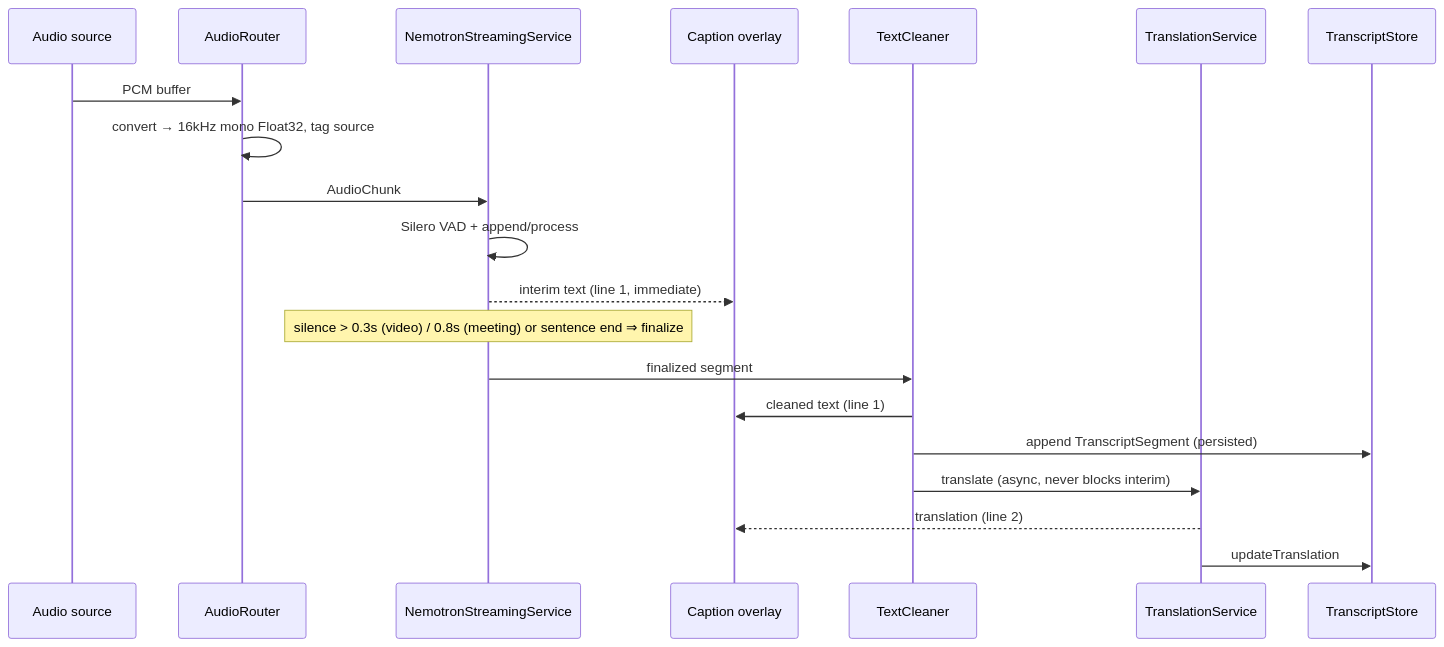
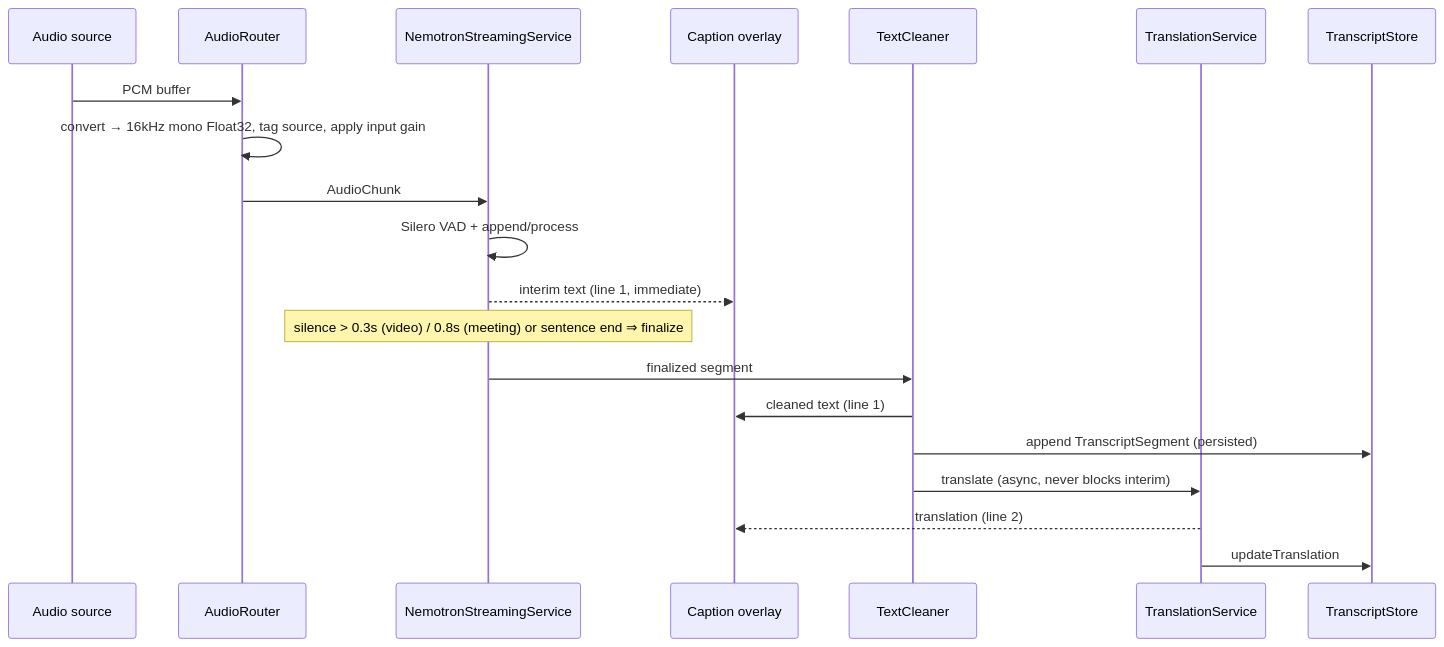
Before and after one commit to huang422/EdgeAI-Flow-Translate: the second of 2 diagrams in README.md, drawn with Mermaid. The commit also changed other lines of this file and 7 other files, not shown here.

Commit message:
Add input audio-gain

````diff
--- a/README.md
+++ b/README.md
@@ -239,23 +241,23 @@
 ```mermaid
 sequenceDiagram
     participant A as Audio source
     participant R as AudioRouter
     participant S as NemotronStreamingService
     participant O as Caption overlay
     participant C as TextCleaner
     participant T as TranslationService
     participant D as TranscriptStore
 
     A->>R: PCM buffer
-    R->>R: convert → 16kHz mono Float32, tag source
+    R->>R: convert → 16kHz mono Float32, tag source, apply input gain
     R->>S: AudioChunk
     S->>S: Silero VAD + append/process
     S-->>O: interim text (line 1, immediate)
     Note over S: silence > 0.3s (video) / 0.8s (meeting) or sentence end ⇒ finalize
     S->>C: finalized segment
     C->>O: cleaned text (line 1)
     C->>D: append TranscriptSegment (persisted)
     C->>T: translate (async, never blocks interim)
     T-->>O: translation (line 2)
     T->>D: updateTranslation
 ```
````
